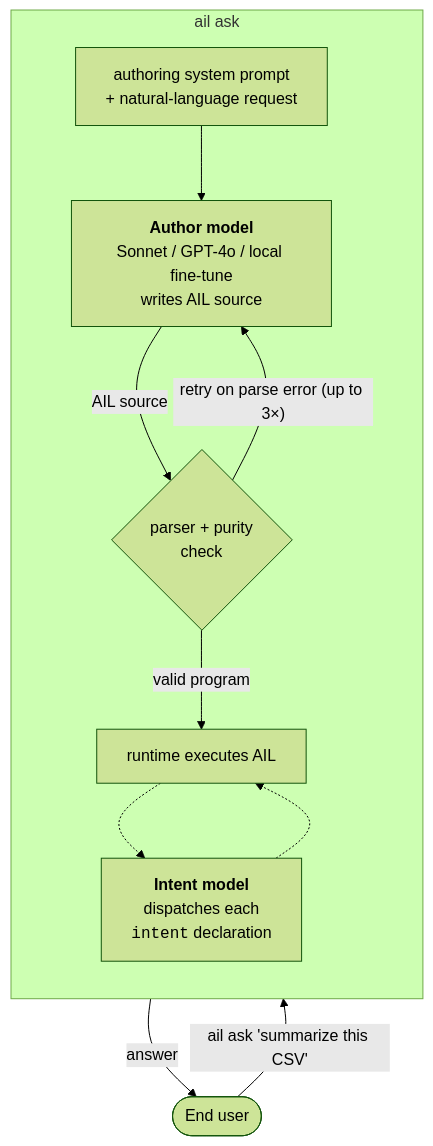
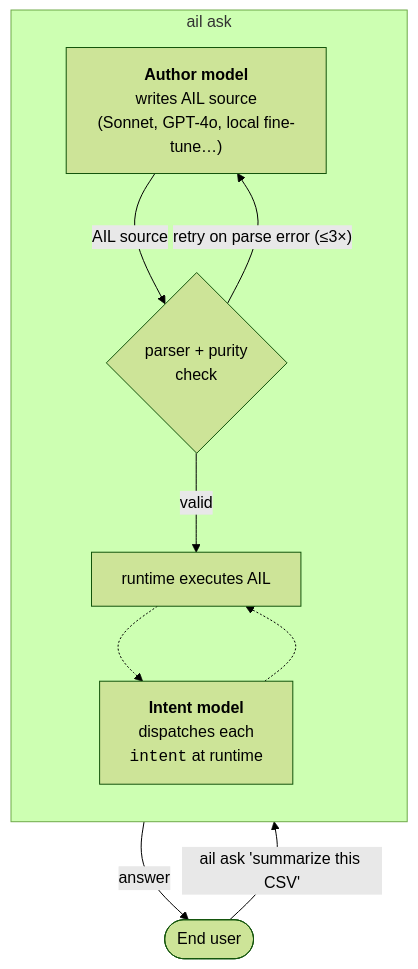
Before and after one commit to hyun06000/AIL: the diagram in README.md, drawn with Mermaid (forest theme). The commit also changed other lines of this file and 2 other files, not shown here.

````diff
--- a/README.md
+++ b/README.md
@@ -37,23 +42,21 @@
 ```mermaid
 flowchart TD
     User([End user])
     User -- "ail ask 'summarize this CSV'" --> Ask[ail runtime]
 
     subgraph Ask[" ail ask "]
         direction TB
-        Prompt[authoring system prompt<br/>+ natural-language request]
-        AM["<b>Author model</b><br/>Sonnet / GPT-4o / local fine-tune<br/>writes AIL source"]
+        AM["<b>Author model</b><br/>writes AIL source<br/>(Sonnet, GPT-4o, local fine-tune…)"]
         Parse{parser + purity<br/>check}
         Exec[runtime executes AIL]
-        IM["<b>Intent model</b><br/>dispatches each<br/><code>intent</code> declaration"]
+        IM["<b>Intent model</b><br/>dispatches each<br/><code>intent</code> at runtime"]
 
-        Prompt --> AM
         AM -- "AIL source" --> Parse
-        Parse -- "retry on parse error (up to 3×)" --> AM
-        Parse -- "valid program" --> Exec
+        Parse -- "retry on parse error (≤3×)" --> AM
+        Parse -- "valid" --> Exec
         Exec -.-> IM
         IM -.-> Exec
     end
 
     Ask -- "answer" --> User
 ```
````
